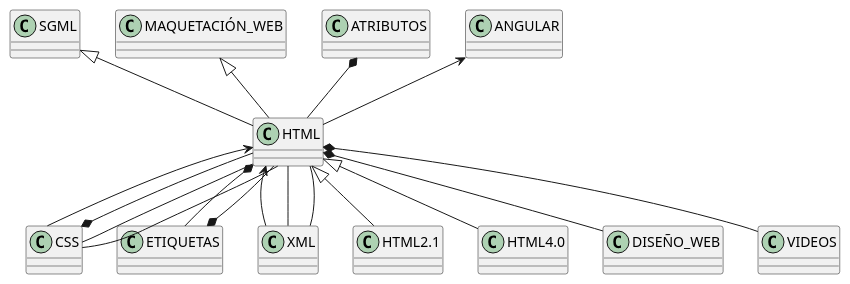
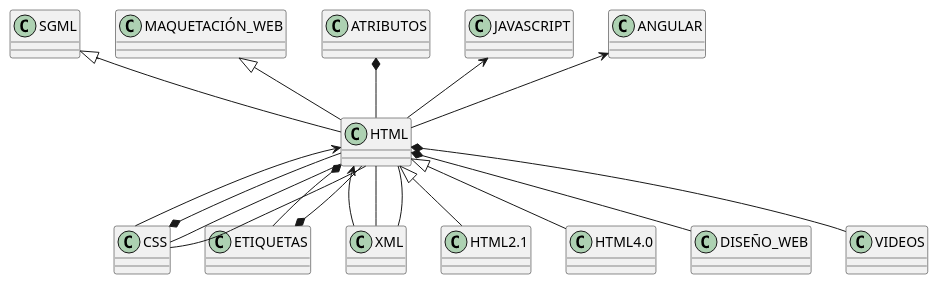
The diagram in relman/images/contextHTML.plantuml (CodeURJC-DAW-2018-19/santatecla-relaciones-2), drawn with PlantUML before and after one commit. The commit also changed 17 other files, not shown here.

```diff
--- a/relman/images/contextHTML.plantuml
+++ b/relman/images/contextHTML.plantuml
@@ -1,20 +1,21 @@
 @startuml 
  set namespaceSeparator none
 SGML <|-- HTML
 MAQUETACIÓN_WEB <|-- HTML
 CSS *-- HTML
 ETIQUETAS *-- HTML
 ATRIBUTOS *-- HTML
+JAVASCRIPT <-- HTML
 ANGULAR <-- HTML
 CSS -- HTML
 XML -- HTML
 HTML <|-- HTML2.1
 HTML <|-- HTML4.0
 HTML *-- DISEÑO_WEB
 HTML *-- ETIQUETAS
 HTML *-- VIDEOS
 HTML <-- CSS
 HTML <-- XML
 HTML -- CSS
 HTML -- XML
 @enduml
```
